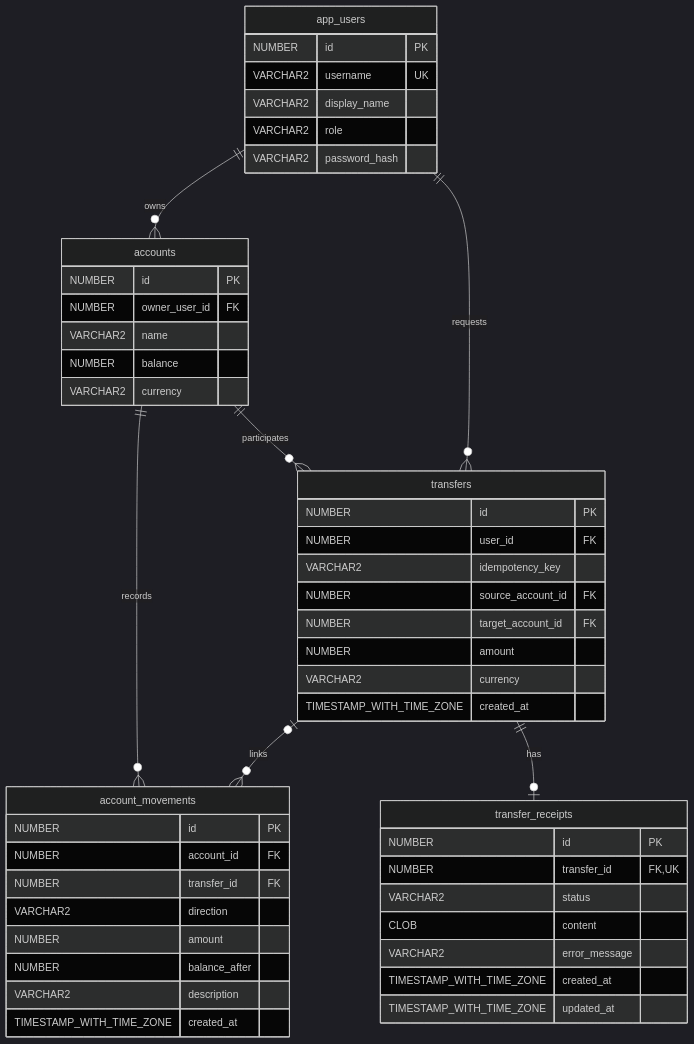
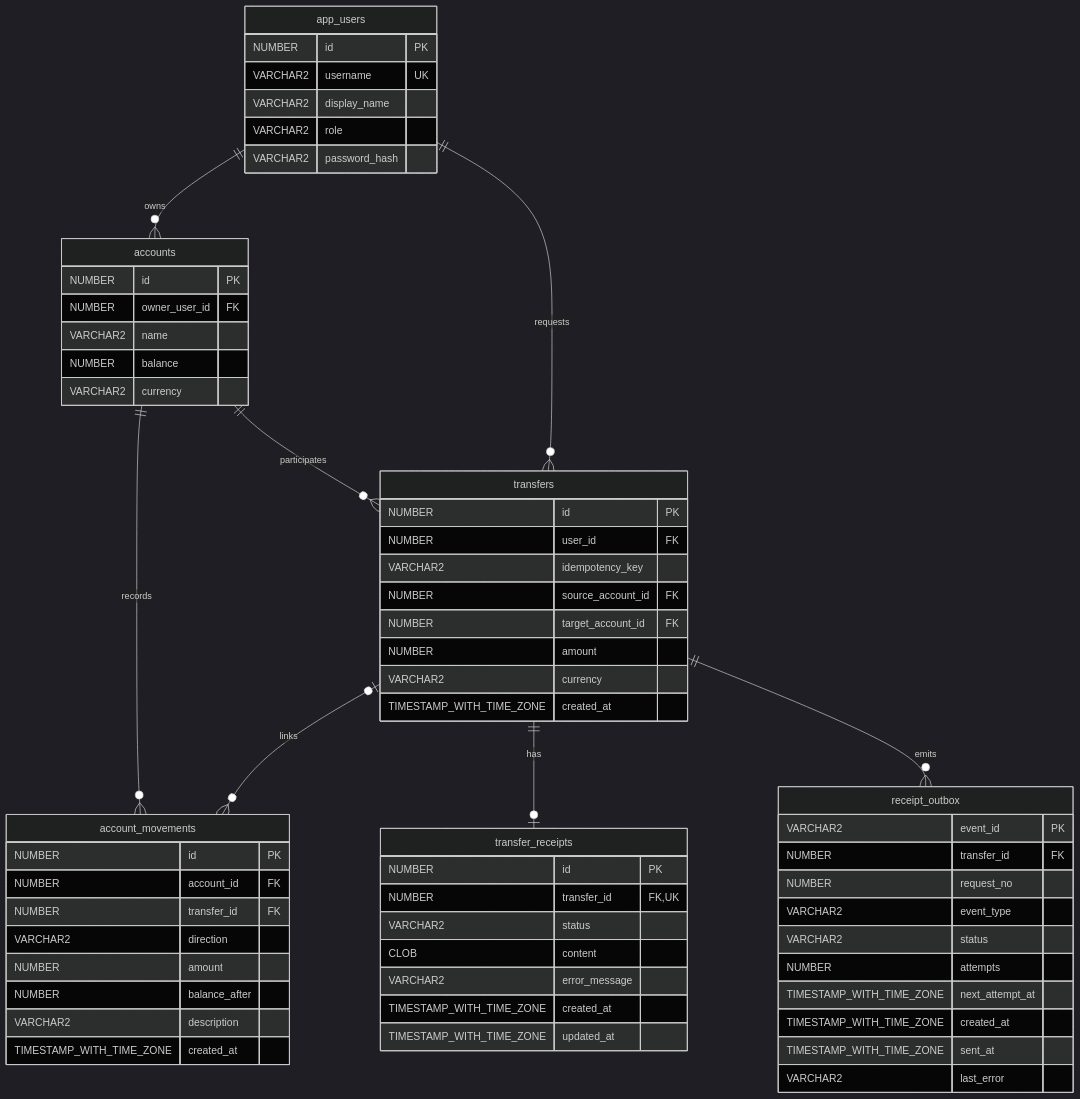
Before and after one commit to berk-celikten/hesaplab: the diagram in docs/DATABASE_MODEL.md, drawn with Mermaid (dark theme). The commit also changed other lines of this file and 21 other files, not shown here.

First line of the commit message:
Add receipt retry, dead-letter handling, and transactional outbox

````diff
--- a/docs/DATABASE_MODEL.md
+++ b/docs/DATABASE_MODEL.md
@@ -18,52 +18,65 @@
 ```mermaid
 erDiagram
     app_users ||--o{ accounts : owns
     accounts ||--o{ account_movements : records
     app_users ||--o{ transfers : requests
     accounts ||--o{ transfers : participates
     transfers |o--o{ account_movements : links
     transfers ||--o| transfer_receipts : has
+    transfers ||--o{ receipt_outbox : emits
     app_users {
         NUMBER id PK
         VARCHAR2 username UK
         VARCHAR2 display_name
         VARCHAR2 role
         VARCHAR2 password_hash
     }
     accounts {
         NUMBER id PK
         NUMBER owner_user_id FK
         VARCHAR2 name
         NUMBER balance
         VARCHAR2 currency
     }
     transfers {
         NUMBER id PK
         NUMBER user_id FK
         VARCHAR2 idempotency_key
         NUMBER source_account_id FK
         NUMBER target_account_id FK
         NUMBER amount
         VARCHAR2 currency
         TIMESTAMP_WITH_TIME_ZONE created_at
     }
+    receipt_outbox {
+        VARCHAR2 event_id PK
+        NUMBER transfer_id FK
+        NUMBER request_no
+        VARCHAR2 event_type
+        VARCHAR2 status
+        NUMBER attempts
+        TIMESTAMP_WITH_TIME_ZONE next_attempt_at
+        TIMESTAMP_WITH_TIME_ZONE created_at
+        TIMESTAMP_WITH_TIME_ZONE sent_at
+        VARCHAR2 last_error
+    }
     transfer_receipts {
         NUMBER id PK
         NUMBER transfer_id FK,UK
         VARCHAR2 status
         CLOB content
         VARCHAR2 error_message
         TIMESTAMP_WITH_TIME_ZONE created_at
         TIMESTAMP_WITH_TIME_ZONE updated_at
     }
     account_movements {
         NUMBER id PK
         NUMBER account_id FK
         NUMBER transfer_id FK
         VARCHAR2 direction
         NUMBER amount
         NUMBER balance_after
         VARCHAR2 description
         TIMESTAMP_WITH_TIME_ZONE created_at
     }
 ```
````
